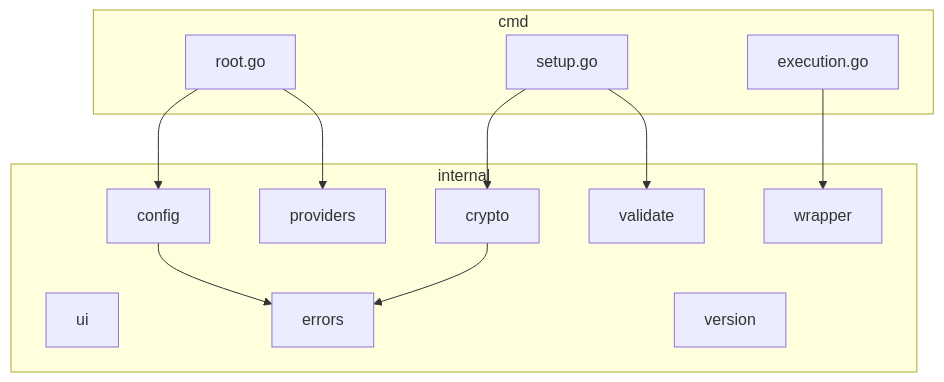
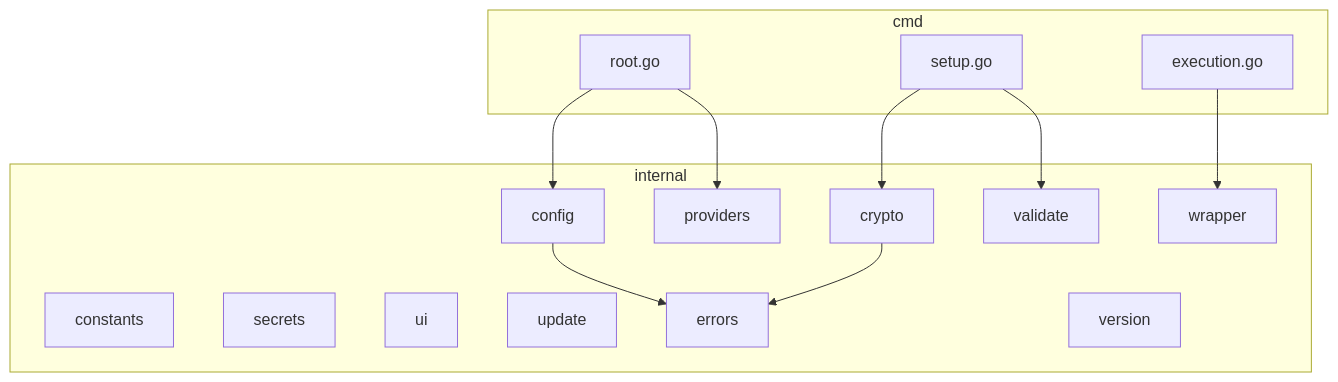
One commit to dkmnx/kairo changed the first of 2 diagrams in internal/README.md. Above: the diagram before and after it, drawn with Mermaid. The commit also changed other lines of this file and 7 other files, not shown here.

````diff
--- a/internal/README.md
+++ b/internal/README.md
@@ -7,27 +7,30 @@
 ```mermaid
 flowchart TB
     subgraph cmd[cmd]
         Root[root.go]
         Setup[setup.go]
         Exec[execution.go]
     end
 
     subgraph internal[internal]
         Config[config]
+        Constants[constants]
         Crypto[crypto]
         Providers[providers]
+        Secrets[secrets]
+        UI[ui]
+        Update[update]
         Validate[validate]
-        UI[ui]
         Wrapper[wrapper]
         Errors[errors]
         Version[version]
     end
 
     Root --> Config
     Root --> Providers
     Setup --> Crypto
     Setup --> Validate
     Exec --> Wrapper
     Config --> Errors
     Crypto --> Errors
 ```
````
